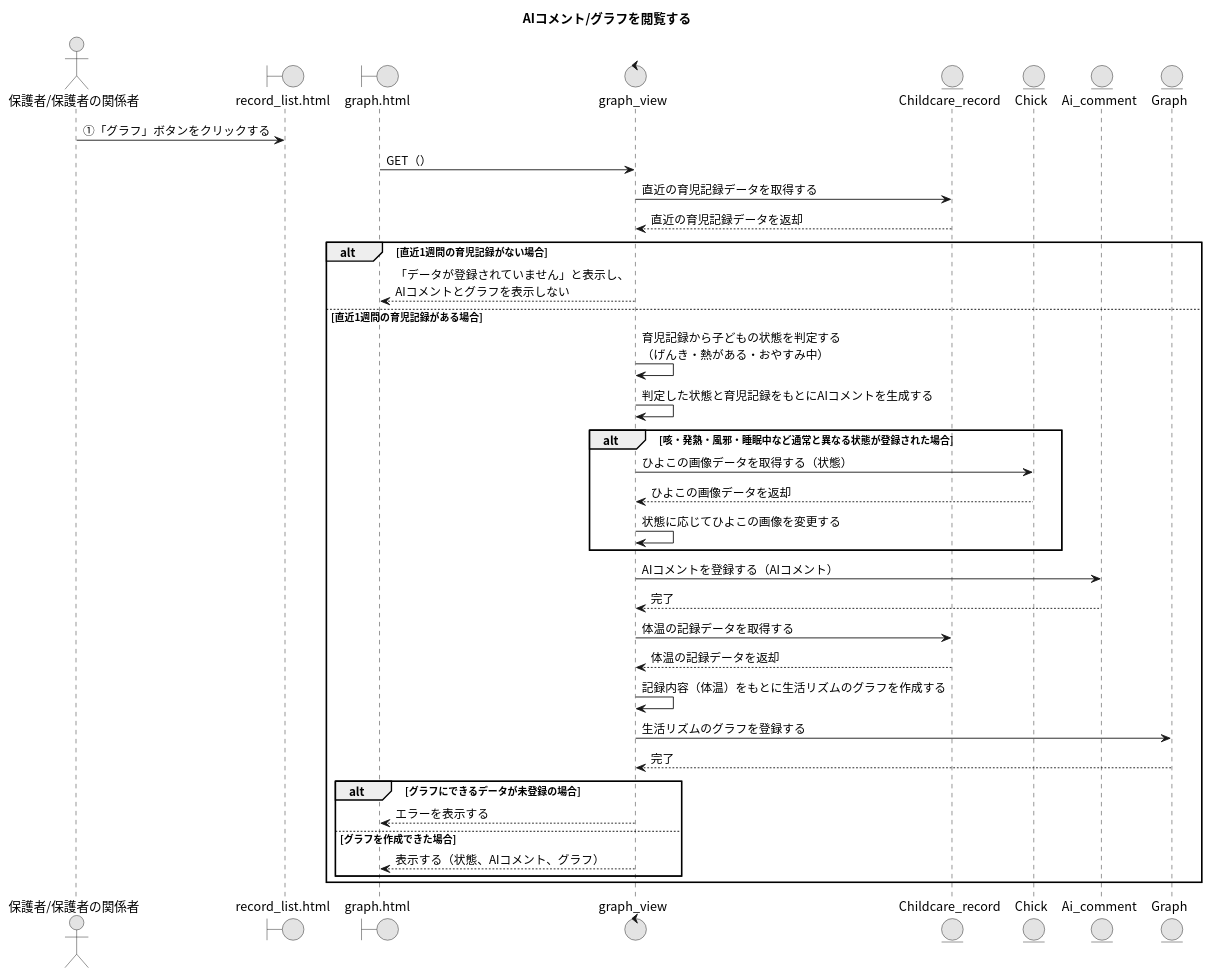
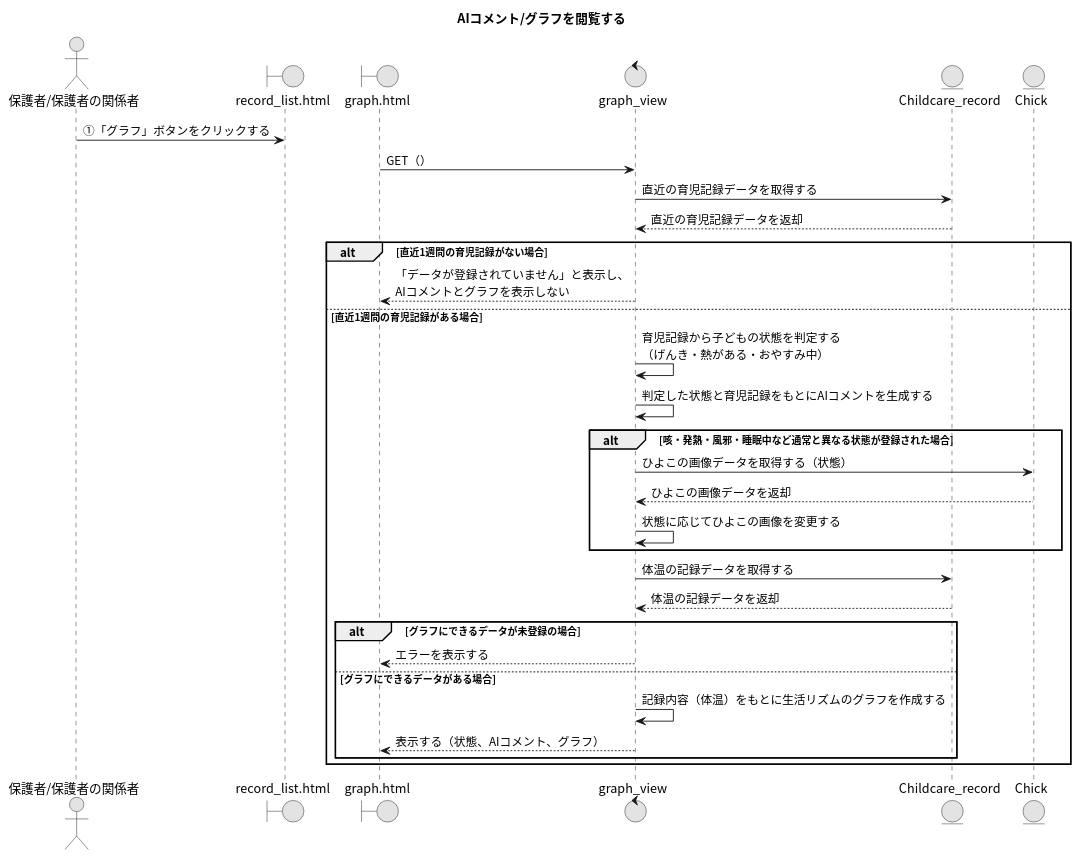
The diagram in 07_AIコメント・グラフを閲覧する.puml (Ma2naga190330/26_sotugyou_puml), drawn with PlantUML before and after one commit. The commit also changed 6 other files, not shown here.

```diff
--- a/07_AIコメント・グラフを閲覧する.puml
+++ b/07_AIコメント・グラフを閲覧する.puml
@@ -1,43 +1,37 @@
 @startuml
 title AIコメント/グラフを閲覧する
 skinparam defaultFontName "Noto Sans CJK JP"
 skinparam monochrome true
 
 actor "保護者/保護者の関係者" as A
 boundary "record_list.html" as RLP
 boundary "graph.html" as GP
 control "graph_view" as GV
 entity "Childcare_record" as CRM
 entity "Chick" as CHM
-entity "Ai_comment" as ACM
-entity "Graph" as GM
 
 A -> RLP : ①「グラフ」ボタンをクリックする
 GP -> GV : GET（）
 GV -> CRM : 直近の育児記録データを取得する
 GV <-- CRM : 直近の育児記録データを返却
 
 alt 直近1週間の育児記録がない場合
   GV --> GP : 「データが登録されていません」と表示し、\nAIコメントとグラフを表示しない
 else 直近1週間の育児記録がある場合
   GV -> GV : 育児記録から子どもの状態を判定する\n（げんき・熱がある・おやすみ中）
   GV -> GV : 判定した状態と育児記録をもとにAIコメントを生成する
   alt 咳・発熱・風邪・睡眠中など通常と異なる状態が登録された場合
     GV -> CHM : ひよこの画像データを取得する（状態）
     GV <-- CHM : ひよこの画像データを返却
     GV -> GV : 状態に応じてひよこの画像を変更する
   end
-  GV -> ACM : AIコメントを登録する（AIコメント）
-  GV <-- ACM : 完了
   GV -> CRM : 体温の記録データを取得する
   GV <-- CRM : 体温の記録データを返却
-  GV -> GV : 記録内容（体温）をもとに生活リズムのグラフを作成する
-  GV -> GM : 生活リズムのグラフを登録する
-  GV <-- GM : 完了
   alt グラフにできるデータが未登録の場合
     GV --> GP : エラーを表示する
-  else グラフを作成できた場合
+  else グラフにできるデータがある場合
+    GV -> GV : 記録内容（体温）をもとに生活リズムのグラフを作成する
     GV --> GP : 表示する（状態、AIコメント、グラフ）
   end
 end
 @enduml
```
